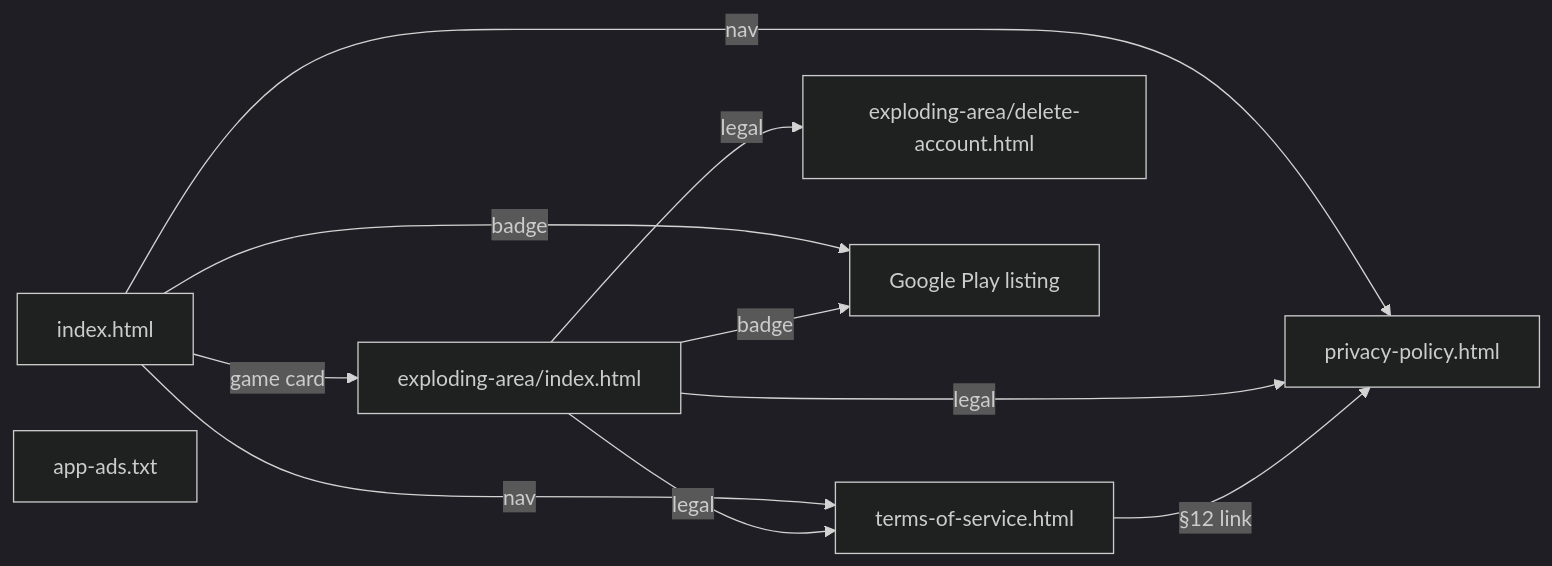
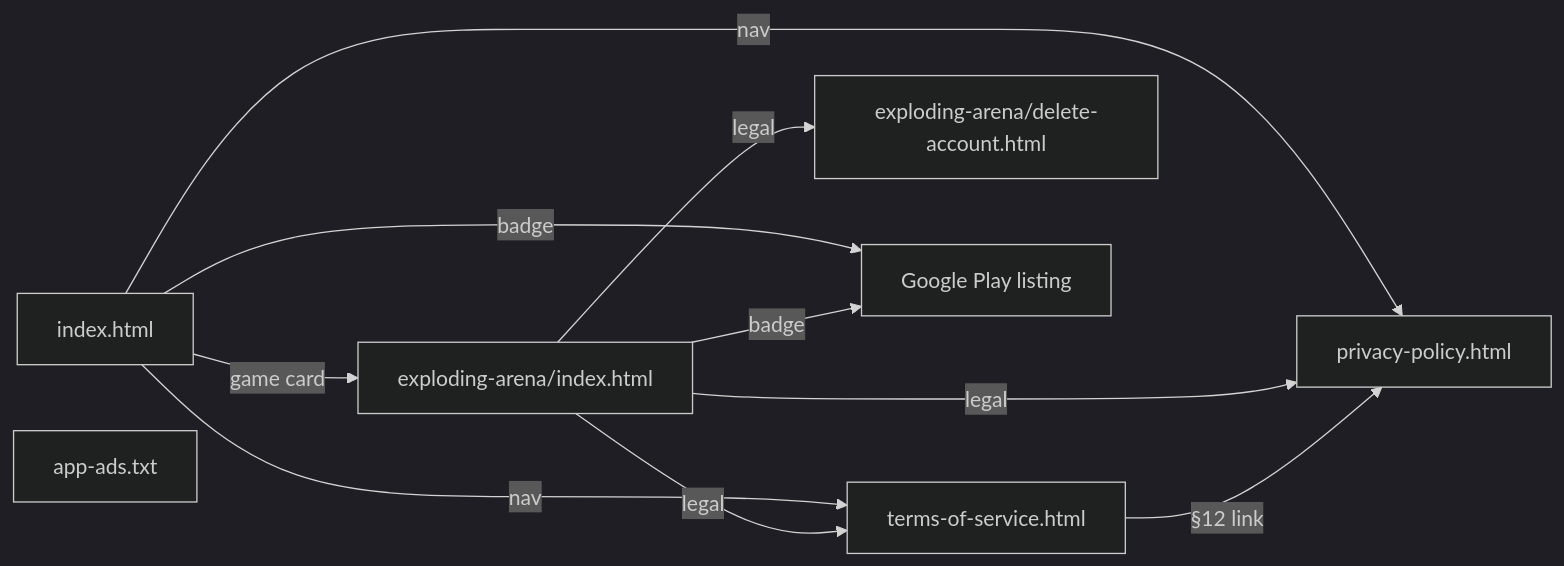
The second of 3 diagrams in docs/ARCHITECTURE.md (D3K2-Studio/d3k2-studio.github.io), drawn with Mermaid (dark theme) before and after one commit. The commit also changed other lines of this file and 10 other files, not shown here.

First line of the commit message:
refactor(site): đồng bộ URL trang game với Exploding Arena (#16)

````diff
--- a/docs/ARCHITECTURE.md
+++ b/docs/ARCHITECTURE.md
@@ -31,20 +31,20 @@
 ```mermaid
 flowchart LR
   Home[index.html]
-  Game[exploding-area/index.html]
+  Game[exploding-arena/index.html]
   PP[privacy-policy.html]
   ToS[terms-of-service.html]
-  Delete[exploding-area/delete-account.html]
+  Delete[exploding-arena/delete-account.html]
   AppAds[app-ads.txt]
   Play[Google Play listing]
 
   Home -->|nav| PP
   Home -->|nav| ToS
   Home -->|game card| Game
   Home -->|badge| Play
   Game -->|badge| Play
   Game -->|legal| Delete
   Game -->|legal| PP
   Game -->|legal| ToS
   ToS -->|"§12 link"| PP
 ```
````
